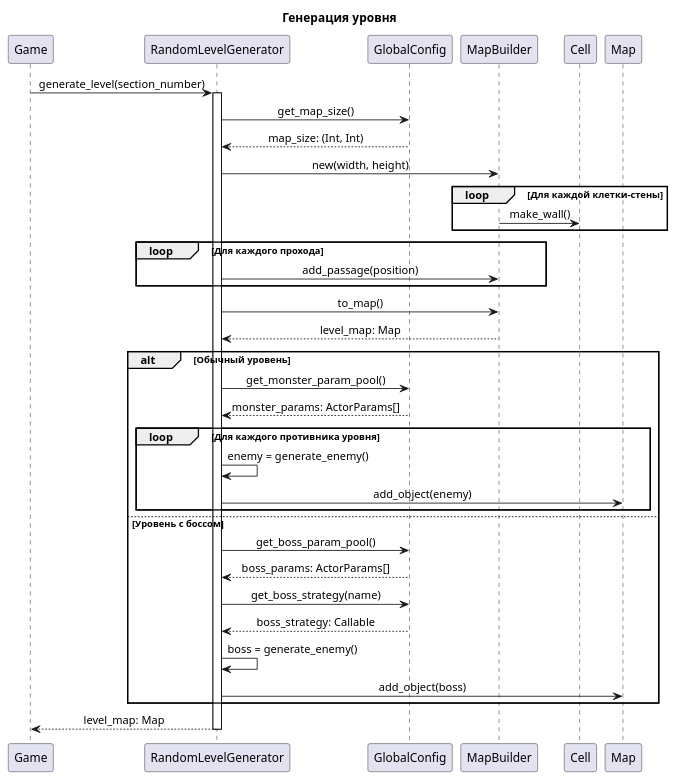
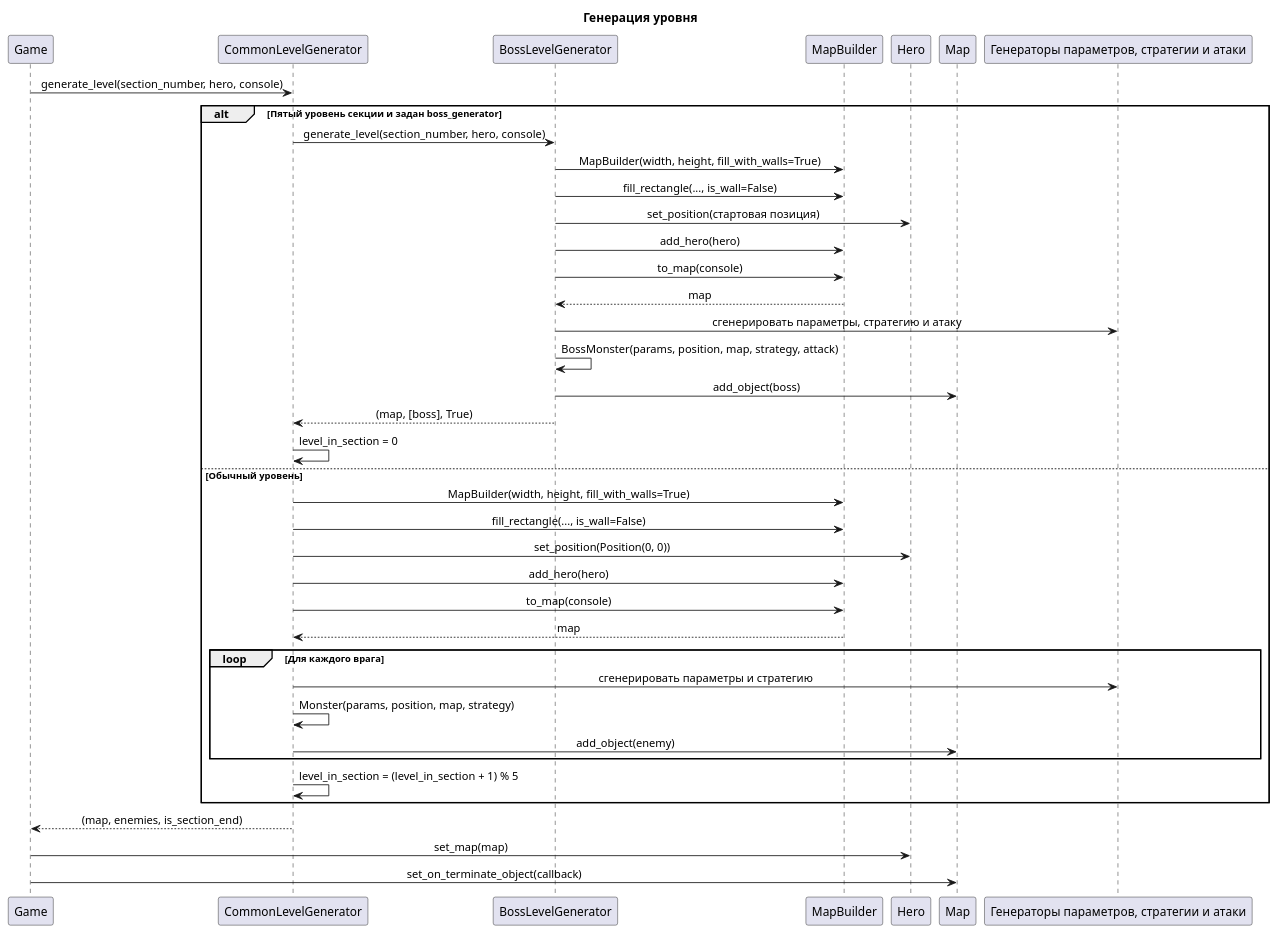
The diagram in docs/diagrams/sequence/sequence_generation.plantuml (ISArchitec/Roguelike), drawn with PlantUML before and after one commit. The commit also changed 18 other files, not shown here.

```diff
--- a/docs/diagrams/sequence/sequence_generation.plantuml
+++ b/docs/diagrams/sequence/sequence_generation.plantuml
@@ -1,46 +1,48 @@
 @startuml
 skinparam shadowing false
 skinparam sequenceParticipant roundCorner 0
 skinparam sequenceLifeLineBorderColor black
 skinparam sequenceLifeLineBackgroundColor white
 skinparam sequenceMessageAlign center
 title Генерация уровня
 
 participant Game
-participant RandomLevelGenerator as Generator
-participant GlobalConfig as Config
+participant CommonLevelGenerator as Common
+participant BossLevelGenerator as Boss
 participant MapBuilder as Builder
-participant Cell
+participant Hero
 participant Map
+participant "Генераторы параметров, стратегии и атаки" as Factories
 
-Game -> Generator: generate_level(section_number)
-activate Generator
-Generator -> Config: get_map_size()
-Config --> Generator: map_size: (Int, Int)
-Generator -> Builder: new(width, height)
-loop Для каждой клетки-стены
-    Builder -> Cell: make_wall()
+Game -> Common: generate_level(section_number, hero, console)
+alt Пятый уровень секции и задан boss_generator
+    Common -> Boss: generate_level(section_number, hero, console)
+    Boss -> Builder: MapBuilder(width, height, fill_with_walls=True)
+    Boss -> Builder: fill_rectangle(..., is_wall=False)
+    Boss -> Hero: set_position(стартовая позиция)
+    Boss -> Builder: add_hero(hero)
+    Boss -> Builder: to_map(console)
+    Builder --> Boss: map
+    Boss -> Factories: сгенерировать параметры, стратегию и атаку
+    Boss -> Boss: BossMonster(params, position, map, strategy, attack)
+    Boss -> Map: add_object(boss)
+    Boss --> Common: (map, [boss], True)
+    Common -> Common: level_in_section = 0
+else Обычный уровень
+    Common -> Builder: MapBuilder(width, height, fill_with_walls=True)
+    Common -> Builder: fill_rectangle(..., is_wall=False)
+    Common -> Hero: set_position(Position(0, 0))
+    Common -> Builder: add_hero(hero)
+    Common -> Builder: to_map(console)
+    Builder --> Common: map
+    loop Для каждого врага
+        Common -> Factories: сгенерировать параметры и стратегию
+        Common -> Common: Monster(params, position, map, strategy)
+        Common -> Map: add_object(enemy)
+    end
+    Common -> Common: level_in_section = (level_in_section + 1) % 5
 end
-loop Для каждого прохода
-    Generator -> Builder: add_passage(position)
-end
-Generator -> Builder: to_map()
-Builder --> Generator: level_map: Map
-alt Обычный уровень
-    Generator -> Config: get_monster_param_pool()
-    Config --> Generator: monster_params: ActorParams[]
-    loop Для каждого противника уровня
-        Generator -> Generator: enemy = generate_enemy()
-        Generator -> Map: add_object(enemy)
-    end
-else Уровень с боссом
-    Generator -> Config: get_boss_param_pool()
-    Config --> Generator: boss_params: ActorParams[]
-    Generator -> Config: get_boss_strategy(name)
-    Config --> Generator: boss_strategy: Callable
-    Generator -> Generator: boss = generate_enemy()
-    Generator -> Map: add_object(boss)
-end
-Generator --> Game: level_map: Map
-deactivate Generator
+Common --> Game: (map, enemies, is_section_end)
+Game -> Hero: set_map(map)
+Game -> Map: set_on_terminate_object(callback)
 @enduml
```
